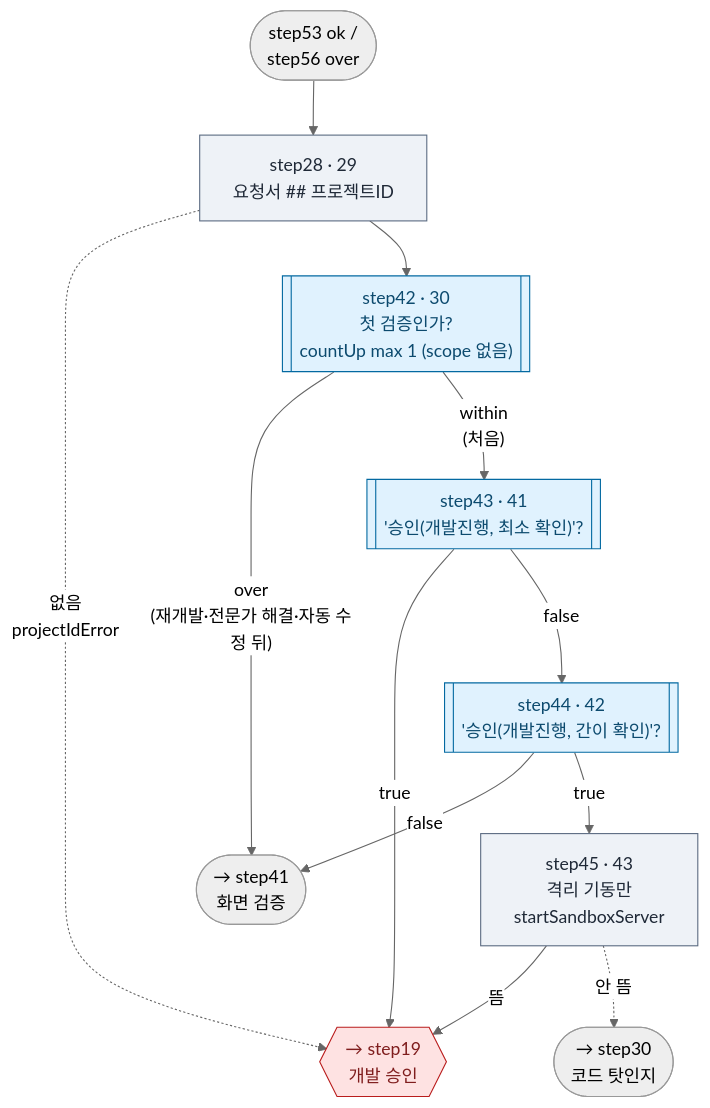
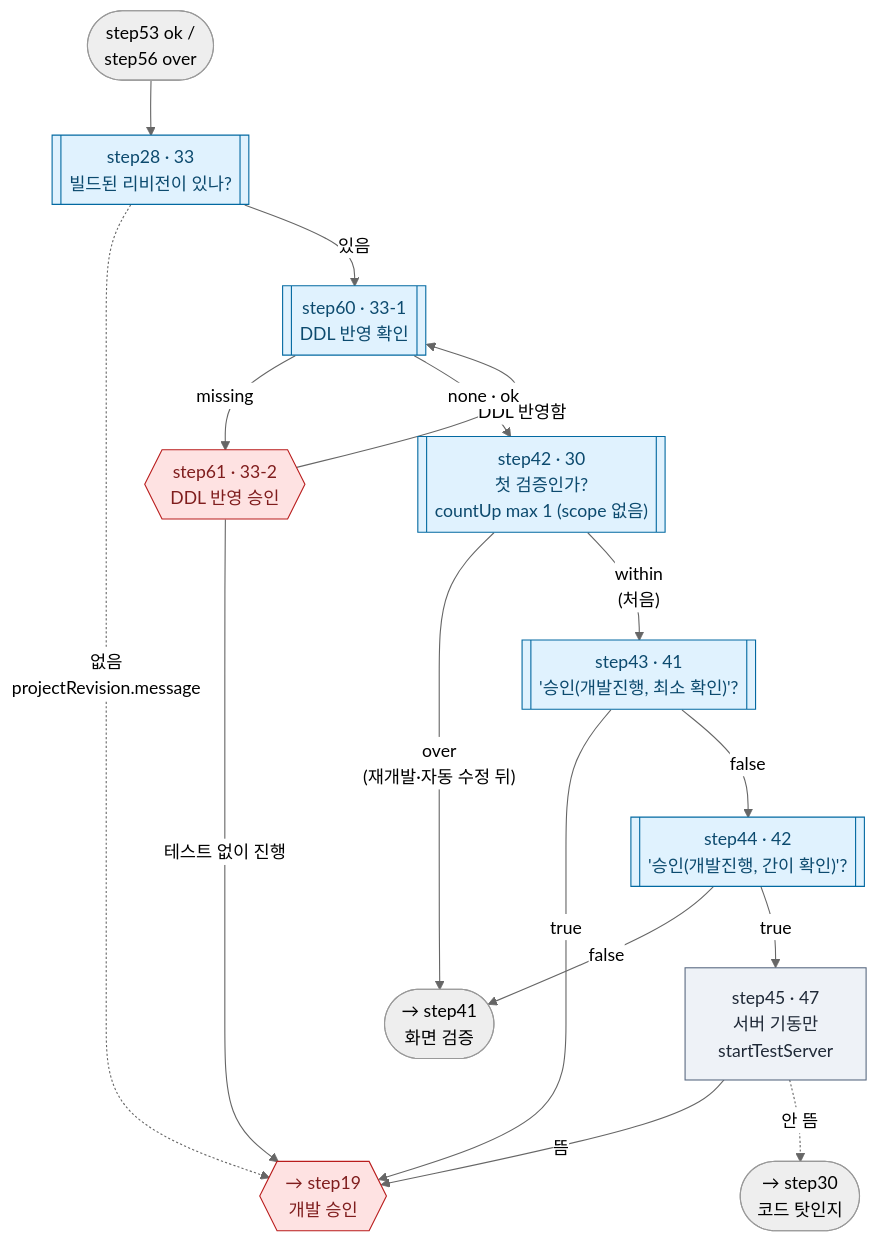
One commit to YongSoekChoeng/dstone changed diagram 14 of 24 in docs/09.dstone-ai-engine-sm-workflow.md. Above: the diagram before and after it, drawn with Mermaid (neutral theme). The commit also changed other lines of this file and 55 other files, not shown here.

````diff
--- a/docs/09.dstone-ai-engine-sm-workflow.md
+++ b/docs/09.dstone-ai-engine-sm-workflow.md
@@ -1089,18 +1096,22 @@
 ```mermaid
 flowchart TD
-    IN(["step53 ok /<br/>step56 over"]) --> step28["step28 · 29<br/>요청서 ## 프로젝트ID"]:::tool
-    step28 -.->|"없음<br/>projectIdError"| step19{{"→ step19<br/>개발 승인"}}:::appr
-    step28 --> step42[["step42 · 30<br/>첫 검증인가?<br/>countUp max 1 (scope 없음)"]]:::route
-    step42 -->|"over<br/>(재개발·전문가 해결·자동 수정 뒤)"| FULL(["→ step41<br/>화면 검증"])
+    IN(["step53 ok /<br/>step56 over"]) --> step28[["step28 · 33<br/>빌드된 리비전이 있나?"]]:::route
+    step28 -.->|"없음<br/>projectRevision.message"| step19{{"→ step19<br/>개발 승인"}}:::appr
+    step28 -->|있음| step60[["step60 · 33-1<br/>DDL 반영 확인"]]:::route
+    step60 -->|missing| step61{{"step61 · 33-2<br/>DDL 반영 승인"}}:::appr
+    step61 -->|DDL 반영함| step60
+    step61 -->|테스트 없이 진행| step19
+    step60 -->|"none · ok"| step42[["step42 · 30<br/>첫 검증인가?<br/>countUp max 1 (scope 없음)"]]:::route
+    step42 -->|"over<br/>(재개발·자동 수정 뒤)"| FULL(["→ step41<br/>화면 검증"])
     step42 -->|"within<br/>(처음)"| step43[["step43 · 41<br/>'승인(개발진행, 최소 확인)'?"]]:::route
     step43 -->|true| step19
     step43 -->|false| step44[["step44 · 42<br/>'승인(개발진행, 간이 확인)'?"]]:::route
     step44 -->|false| FULL
-    step44 -->|true| step45["step45 · 43<br/>격리 기동만<br/>startSandboxServer"]:::tool
+    step44 -->|true| step45["step45 · 47<br/>서버 기동만<br/>startTestServer"]:::tool
     step45 -->|뜸| step19
     step45 -.->|"안 뜸"| step30(["→ step30<br/>코드 탓인지"])
 
     classDef tool fill:#eef2f7,stroke:#5b6b82,color:#1f2937
     classDef route fill:#e0f2fe,stroke:#0369a1,color:#0c4a6e
     classDef appr fill:#fee2e2,stroke:#b91c1c,color:#7f1d1d
 ```
````
